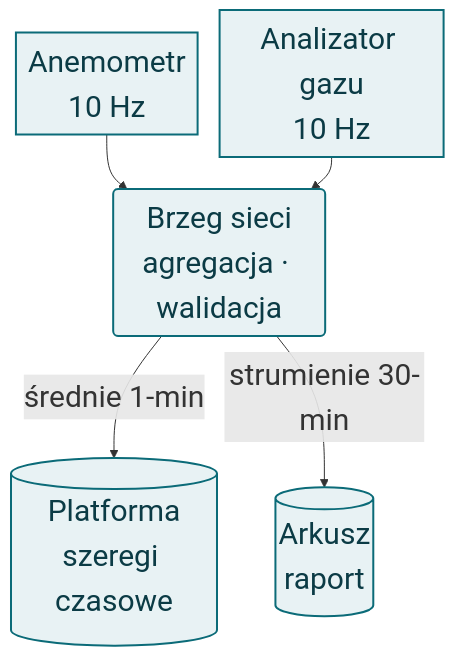
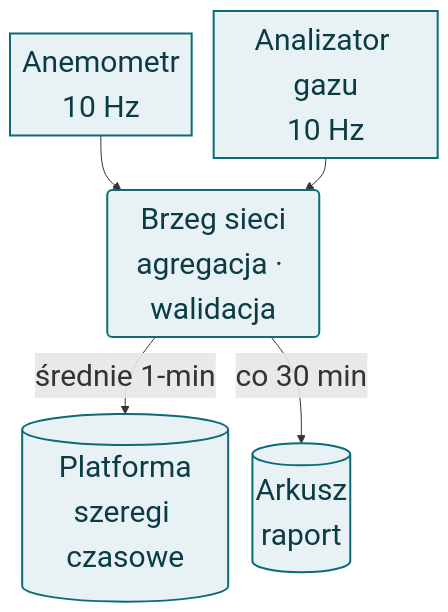
One commit to moondec/iot_lectures changed the first of 3 diagrams in slides/05-brzeg-node-red-sheets.qmd. Above: the diagram before and after it, drawn with Mermaid. The commit also changed other lines of this file and 20 other files, not shown here.

````diff
--- a/slides/05-brzeg-node-red-sheets.qmd
+++ b/slides/05-brzeg-node-red-sheets.qmd
@@ -58,17 +58,17 @@
 ```{mermaid}
 %%| fig-width: 6.6
-%%| fig-height: 9.7
+%%| fig-height: 9.1
 %%{init: {"themeVariables": {"fontSize": "30px"}, "flowchart": {"nodeSpacing": 22, "rankSpacing": 32, "padding": 6, "diagramPadding": 4}}}%%
 flowchart TD
     A["Anemometr<br>10 Hz"]
     B["Analizator gazu<br>10 Hz"]
     C("Brzeg sieci<br>agregacja · walidacja")
     D[("Platforma<br>szeregi czasowe")]
     G[("Arkusz<br>raport")]
     A --> C
     B --> C
     C -- "średnie 1-min" --> D
-    C -- "strumienie 30-min" --> G
+    C -- "co 30 min" --> G
     classDef n fill:#e8f2f4,stroke:#0b6b78,stroke-width:2px,color:#0b3b45
     class A,B,C,D,G n
 ```
````
